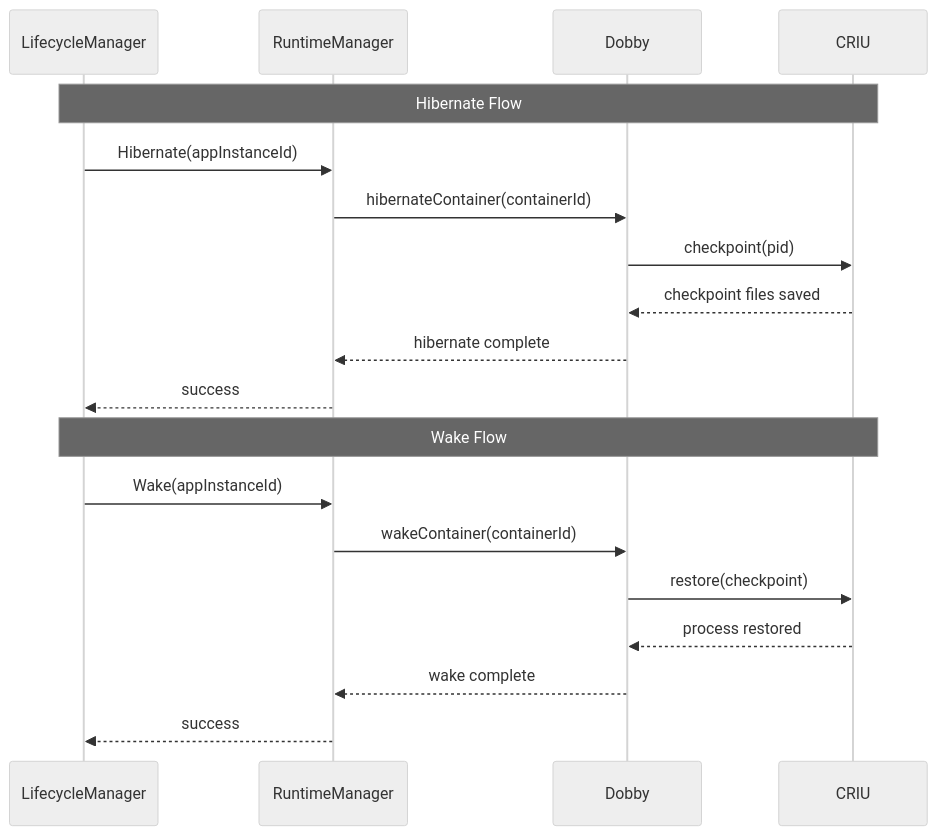
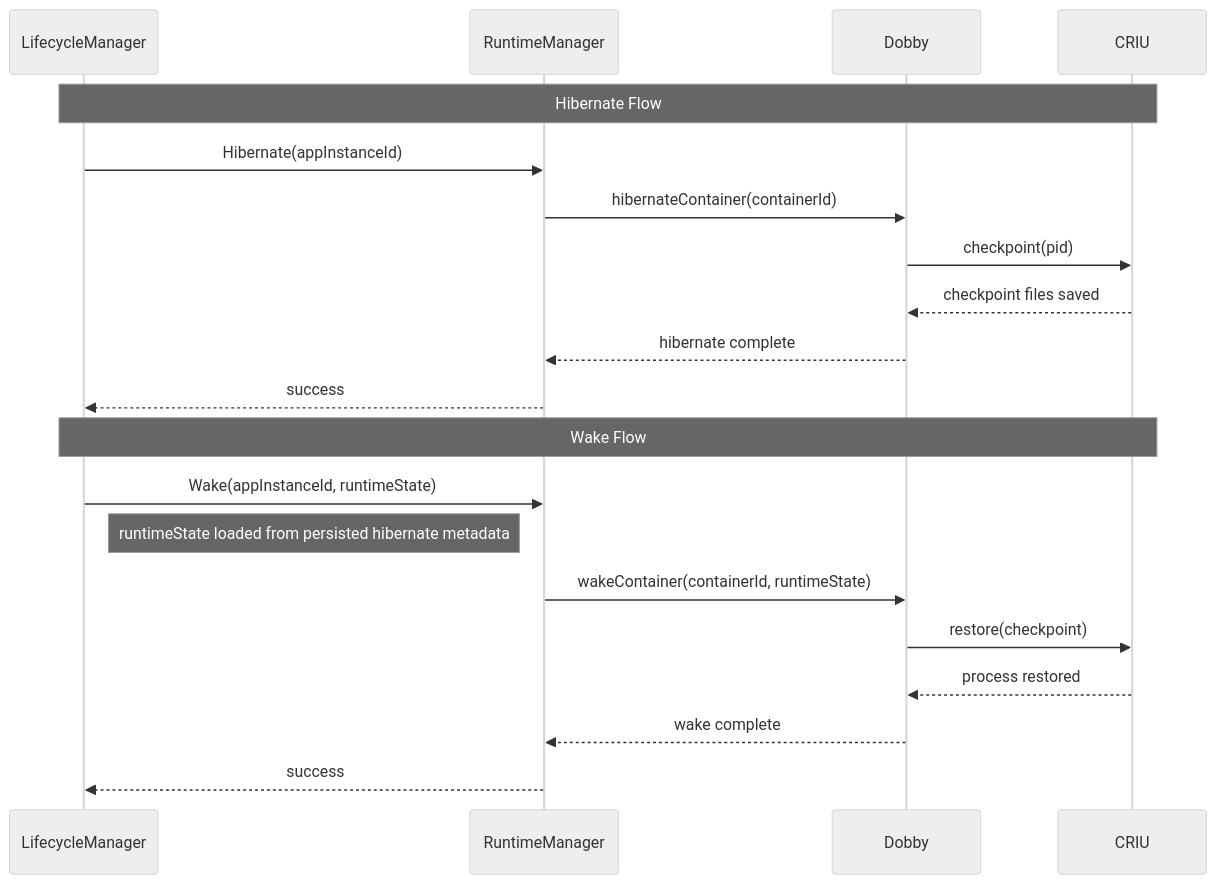
The fifth of 5 diagrams in RuntimeManager/RuntimeManager.md (rdkcentral/entservices-appmanagers), drawn with Mermaid (neutral theme) before and after one commit. The commit also changed other lines of this file and 3 other files, not shown here.

````diff
--- a/RuntimeManager/RuntimeManager.md
+++ b/RuntimeManager/RuntimeManager.md
@@ -210,23 +210,24 @@
 ```mermaid
 sequenceDiagram
     participant LCM as LifecycleManager
     participant RTM as RuntimeManager
     participant Dobby
     participant CRIU
 
     Note over LCM,CRIU: Hibernate Flow
     LCM->>RTM: Hibernate(appInstanceId)
     RTM->>Dobby: hibernateContainer(containerId)
     Dobby->>CRIU: checkpoint(pid)
     CRIU-->>Dobby: checkpoint files saved
     Dobby-->>RTM: hibernate complete
     RTM-->>LCM: success
 
     Note over LCM,CRIU: Wake Flow
-    LCM->>RTM: Wake(appInstanceId)
-    RTM->>Dobby: wakeContainer(containerId)
+    LCM->>RTM: Wake(appInstanceId, runtimeState)
+    Note right of LCM: runtimeState loaded from persisted hibernate metadata
+    RTM->>Dobby: wakeContainer(containerId, runtimeState)
     Dobby->>CRIU: restore(checkpoint)
     CRIU-->>Dobby: process restored
     Dobby-->>RTM: wake complete
     RTM-->>LCM: success
 ```
````
